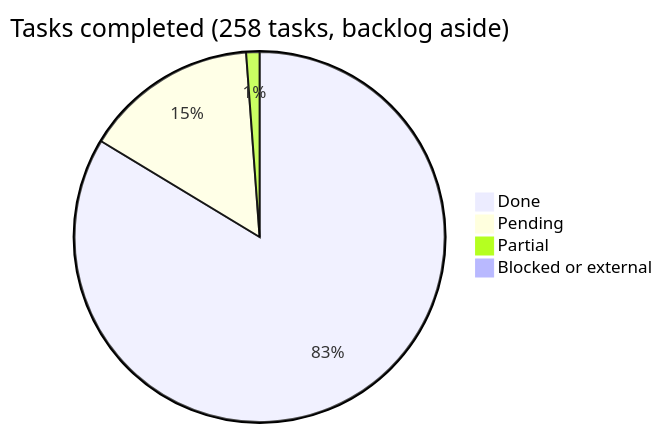
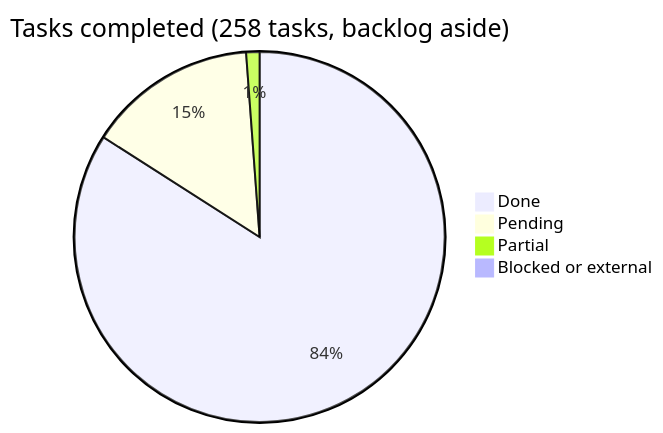
The diagram in docs/roadmap/README.md (araguaney-org/araguaney-app), drawn with Mermaid before and after one commit. The commit also changed other lines of this file and 4 other files, not shown here.

````diff
--- a/docs/roadmap/README.md
+++ b/docs/roadmap/README.md
@@ -43,7 +43,7 @@
 ```mermaid
 pie title Tasks completed (258 tasks, backlog aside)
-    "Done" : 215
-    "Pending" : 39
+    "Done" : 216
+    "Pending" : 38
     "Partial" : 3
     "Blocked or external" : 1
 ```
````
